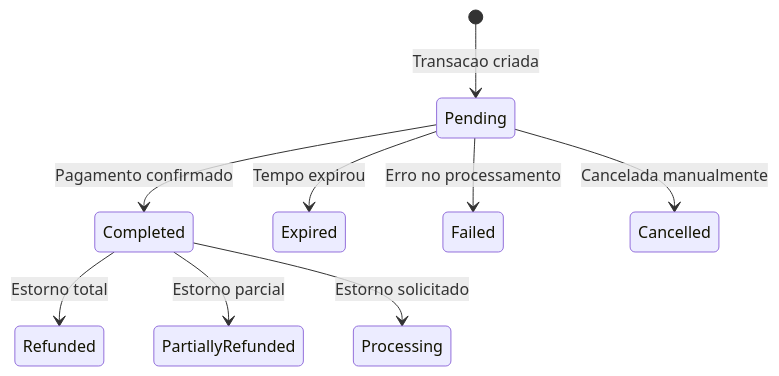
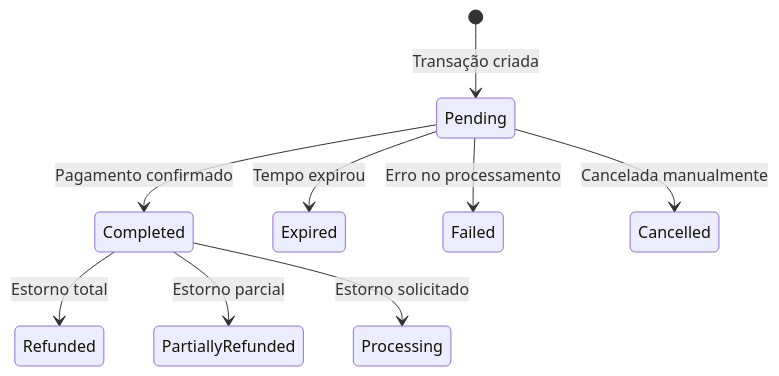
The second of 2 diagrams in webhooks.mdx (Safefy-Pay/docs), drawn with Mermaid before and after one commit. The commit also changed other lines of this file and 26 other files, not shown here.

````diff
--- a/webhooks.mdx
+++ b/webhooks.mdx
@@ -46,11 +46,11 @@
 ```mermaid
 stateDiagram-v2
-    [*] --> Pending: Transacao criada
+    [*] --> Pending: Transação criada
     Pending --> Completed: Pagamento confirmado
     Pending --> Expired: Tempo expirou
     Pending --> Failed: Erro no processamento
     Pending --> Cancelled: Cancelada manualmente
     Completed --> Refunded: Estorno total
     Completed --> PartiallyRefunded: Estorno parcial
     Completed --> Processing: Estorno solicitado
 ```
````
